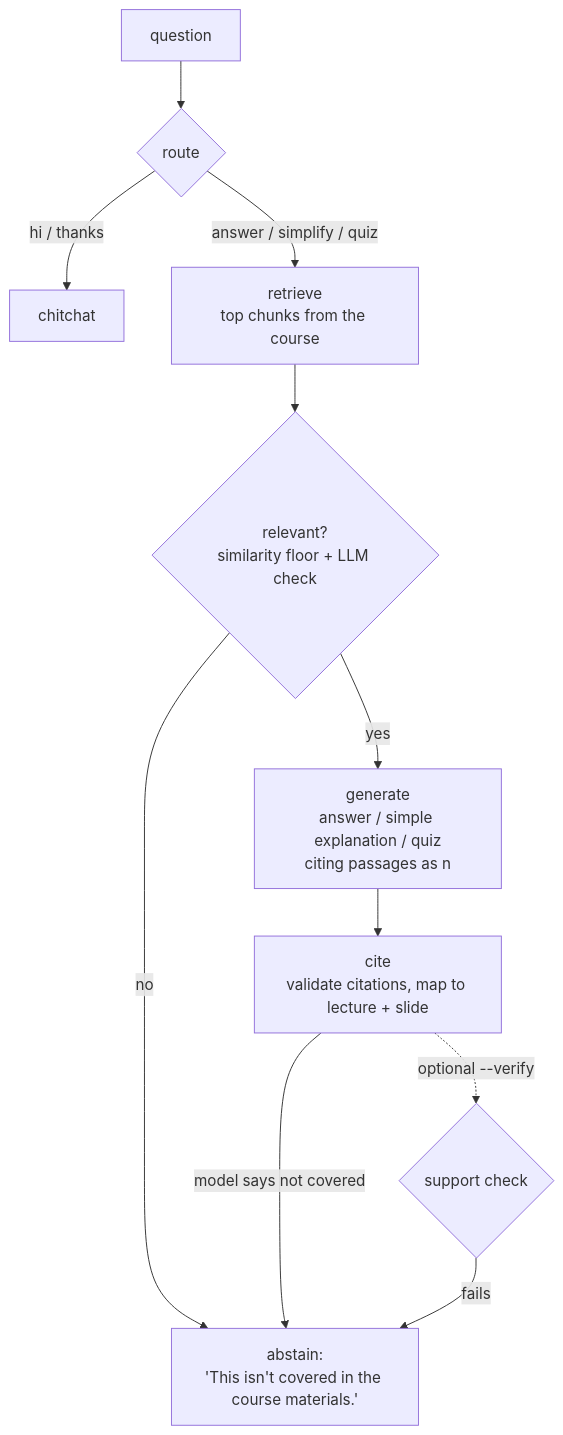
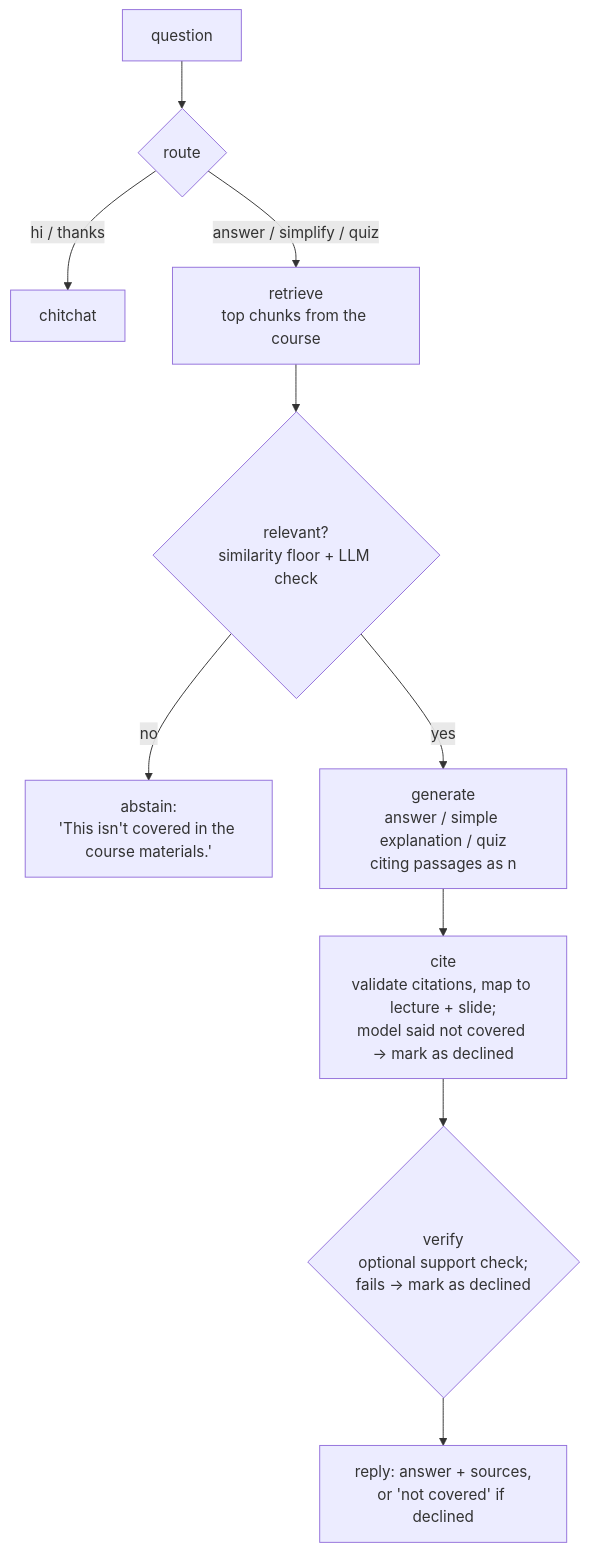
The diagram in README.md (SowrisKumar/course-study-assistant), drawn with Mermaid before and after one commit. The commit also changed other lines of this file and 7 other files, not shown here.

First line of the commit message:
Fix small inconsistencies: workflow diagrams match the graph, counts, run time

````diff
--- a/README.md
+++ b/README.md
@@ -43,13 +43,12 @@
 ```mermaid
 flowchart TD
     Q[question] --> R{route}
     R -->|hi / thanks| C[chitchat]
     R -->|answer / simplify / quiz| RET[retrieve<br/>top chunks from the course]
     RET --> CHK{relevant?<br/>similarity floor + LLM check}
     CHK -->|no| ABS["abstain:<br/>'This isn't covered in the course materials.'"]
     CHK -->|yes| GEN[generate<br/>answer / simple explanation / quiz<br/>citing passages as n]
-    GEN --> CITE[cite<br/>validate citations, map to lecture + slide]
-    CITE -->|model says not covered| ABS
-    CITE -.->|optional --verify| VER{support check}
-    VER -->|fails| ABS
+    GEN --> CITE[cite<br/>validate citations, map to lecture + slide;<br/>model said not covered → mark as declined]
+    CITE --> VER{verify<br/>optional support check;<br/>fails → mark as declined}
+    VER --> OUT[reply: answer + sources,<br/>or 'not covered' if declined]
 ```
````
